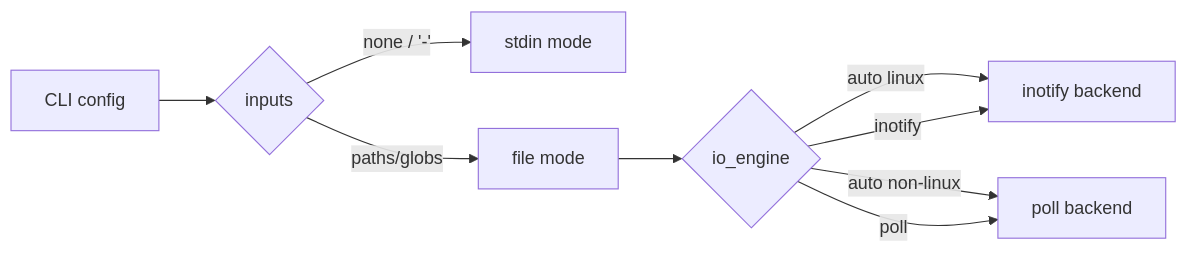
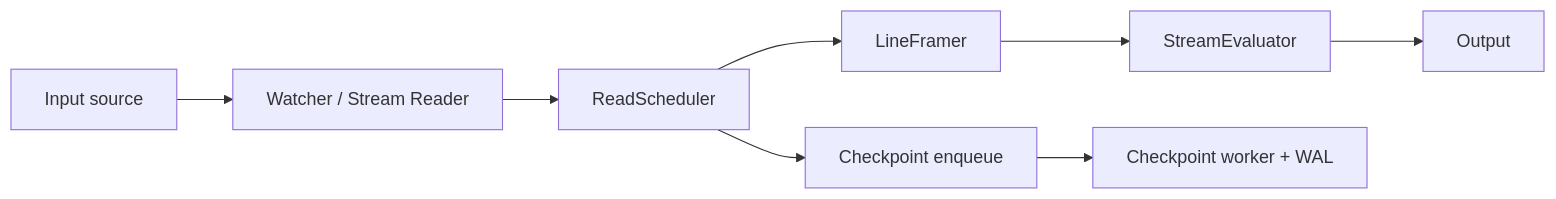
One commit to usetero/edge changed the first of 9 diagrams in src/tail/README.md. Above: the diagram before and after it, drawn with Mermaid. The commit also changed other lines of this file and 19 other files, not shown here.

````diff
--- a/src/tail/README.md
+++ b/src/tail/README.md
@@ -26,11 +32,10 @@
 ```mermaid
 flowchart LR
-  A[CLI config] --> B{inputs}
-  B -- none / '-' --> C[stdin mode]
-  B -- paths/globs --> D[file mode]
-  D --> E{io_engine}
-  E -- auto linux --> F[inotify backend]
-  E -- auto non-linux --> G[poll backend]
-  E -- inotify --> F
-  E -- poll --> G
+  A[Input source] --> B[Watcher / Stream Reader]
+  B --> C[ReadScheduler]
+  C --> D[LineFramer]
+  D --> E[StreamEvaluator]
+  E --> F[Output]
+  C --> G[Checkpoint enqueue]
+  G --> H[Checkpoint worker + WAL]
 ```
````
